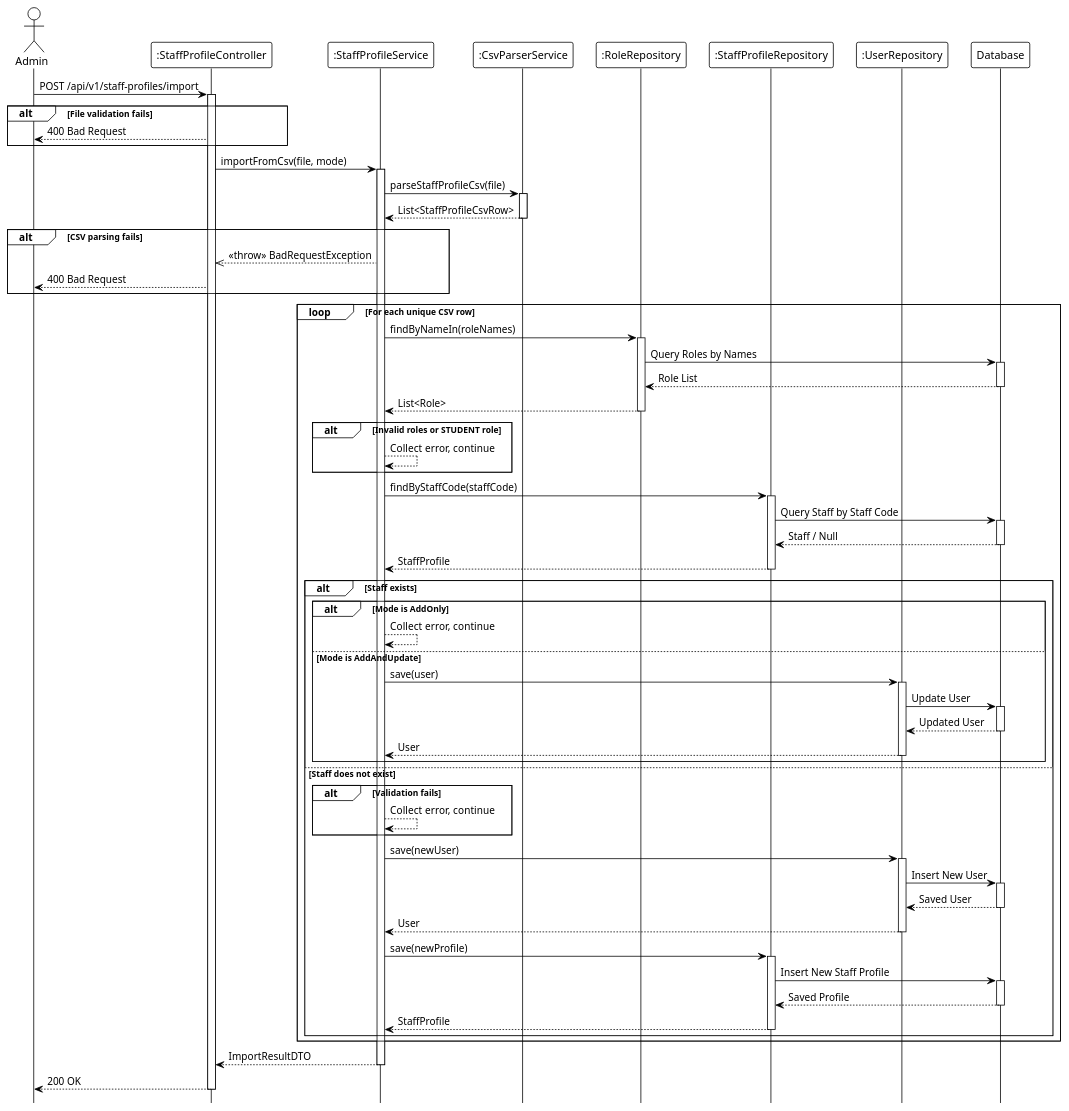
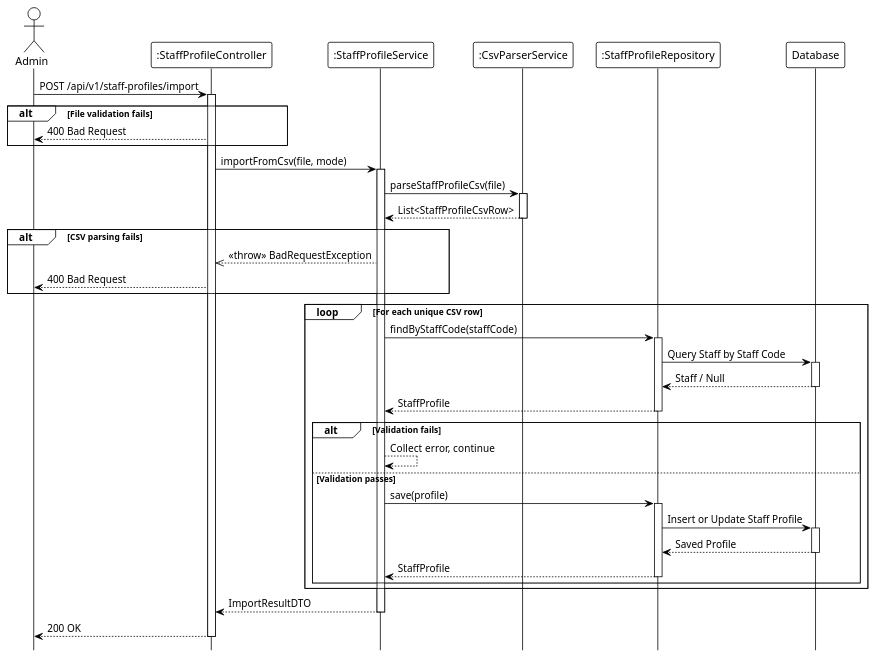
One commit to Ndh474/context changed the diagram in system_detailed_design/54_import_csv_staff/sequence_diagram_import_csv_staff.puml. Above: the diagram before and after it, drawn with PlantUML. The commit also changed 8 other files, not shown here.

```diff
--- a/system_detailed_design/54_import_csv_staff/sequence_diagram_import_csv_staff.puml
+++ b/system_detailed_design/54_import_csv_staff/sequence_diagram_import_csv_staff.puml
@@ -1,128 +1,80 @@
 @startuml import_csv_staff
 !theme plain
 hide footbox
 
 actor Admin
 participant ":StaffProfileController" as Controller
 participant ":StaffProfileService" as Service
 participant ":CsvParserService" as CsvParser
-participant ":RoleRepository" as RoleRepo
-participant ":StaffProfileRepository" as StaffRepo
-participant ":UserRepository" as UserRepo
+participant ":StaffProfileRepository" as Repository
 participant "Database" as DB
 
 ' --- MAIN FLOW ---
 Admin -> Controller: POST /api/v1/staff-profiles/import
 activate Controller
 
 ' File validation (internal)
 
 alt File validation fails
     Controller --> Admin: 400 Bad Request
 end
 
 Controller -> Service: importFromCsv(file, mode)
 activate Service
 
 ' --- PARSE CSV ---
 Service -> CsvParser: parseStaffProfileCsv(file)
 activate CsvParser
 
 CsvParser --> Service: List<StaffProfileCsvRow>
 deactivate CsvParser
 
 alt CSV parsing fails
     Service -->> Controller: <<throw>> BadRequestException
     Controller --> Admin: 400 Bad Request
 end
 
 ' CSV deduplication (internal)
 
 ' --- BATCH PROCESSING LOOP ---
 loop For each unique CSV row
-    ' --- VALIDATE ROLES ---
-    Service -> RoleRepo: findByNameIn(roleNames)
-    activate RoleRepo
+    ' Row validation (internal: role validation, email/username/staff code uniqueness)
+
+    Service -> Repository: findByStaffCode(staffCode)
+    activate Repository
     
-    RoleRepo -> DB: Query Roles by Names
+    Repository -> DB: Query Staff by Staff Code
     activate DB
-    DB --> RoleRepo: Role List
+    DB --> Repository: Staff / Null
     deactivate DB
     
-    RoleRepo --> Service: List<Role>
-    deactivate RoleRepo
+    Repository --> Service: StaffProfile
+    deactivate Repository
     
-    alt Invalid roles or STUDENT role
+    ' Business logic: create or update based on mode (internal)
+    
+    alt Validation fails
         Service --> Service: Collect error, continue
-    end
-    
-    ' --- CHECK EXISTING STAFF ---
-    Service -> StaffRepo: findByStaffCode(staffCode)
-    activate StaffRepo
-    
-    StaffRepo -> DB: Query Staff by Staff Code
-    activate DB
-    DB --> StaffRepo: Staff / Null
-    deactivate DB
-    
-    StaffRepo --> Service: StaffProfile
-    deactivate StaffRepo
-    
-    alt Staff exists
-        alt Mode is AddOnly
-            Service --> Service: Collect error, continue
-        else Mode is AddAndUpdate
-            ' Update existing staff
-            Service -> UserRepo: save(user)
-            activate UserRepo
-            
-            UserRepo -> DB: Update User
-            activate DB
-            DB --> UserRepo: Updated User
-            deactivate DB
-            
-            UserRepo --> Service: User
-            deactivate UserRepo
-        end
-    else Staff does not exist
-        ' Validation logic (internal)
+    else Validation passes
+        Service -> Repository: save(profile)
+        activate Repository
         
-        alt Validation fails
-            Service --> Service: Collect error, continue
-        end
-        
-        ' --- CREATE NEW USER ---
-        Service -> UserRepo: save(newUser)
-        activate UserRepo
-        
-        UserRepo -> DB: Insert New User
+        Repository -> DB: Insert or Update Staff Profile
         activate DB
-        DB --> UserRepo: Saved User
+        DB --> Repository: Saved Profile
         deactivate DB
         
-        UserRepo --> Service: User
-        deactivate UserRepo
-        
-        ' --- CREATE NEW STAFF PROFILE ---
-        Service -> StaffRepo: save(newProfile)
-        activate StaffRepo
-        
-        StaffRepo -> DB: Insert New Staff Profile
-        activate DB
-        DB --> StaffRepo: Saved Profile
-        deactivate DB
-        
-        StaffRepo --> Service: StaffProfile
-        deactivate StaffRepo
+        Repository --> Service: StaffProfile
+        deactivate Repository
     end
 end
 
 ' Build result with success/failure counts (internal)
 
 Service --> Controller: ImportResultDTO
 deactivate Service
 
 Controller --> Admin: 200 OK
 deactivate Controller
 
 @enduml
```
